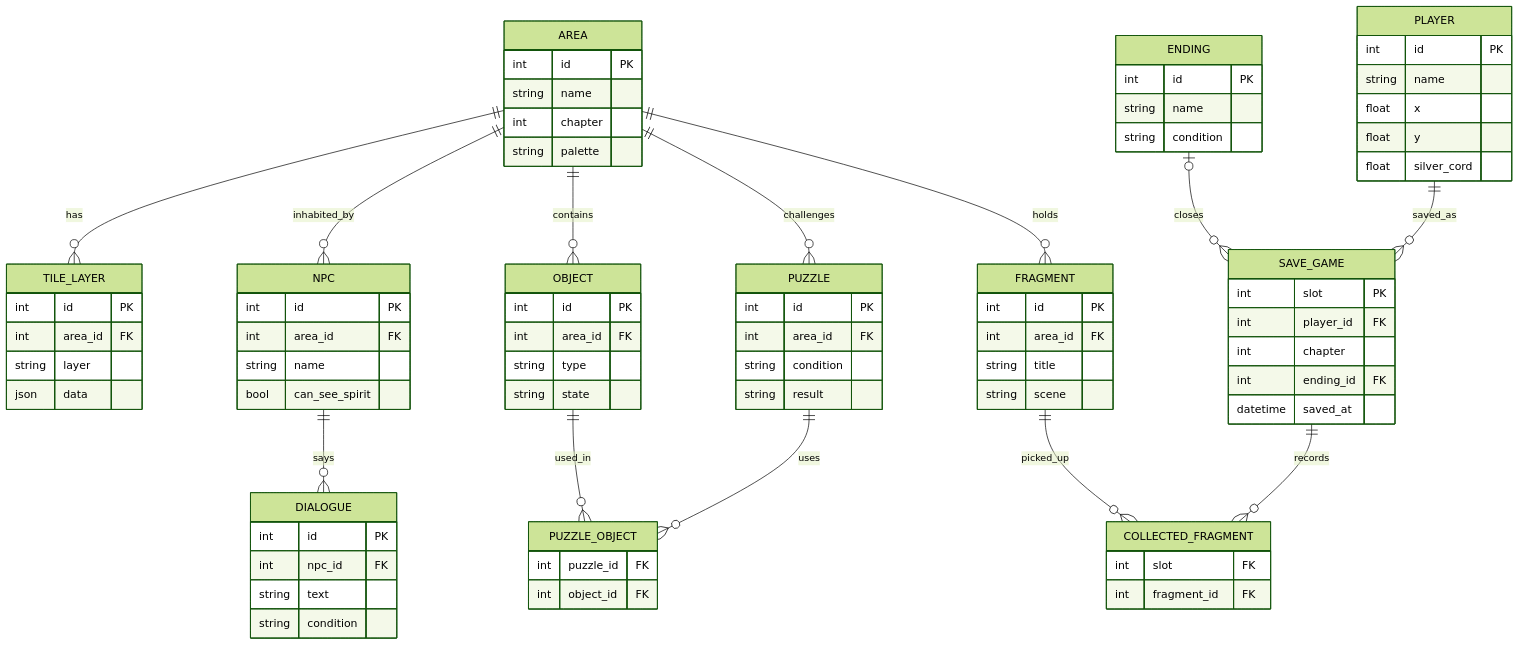
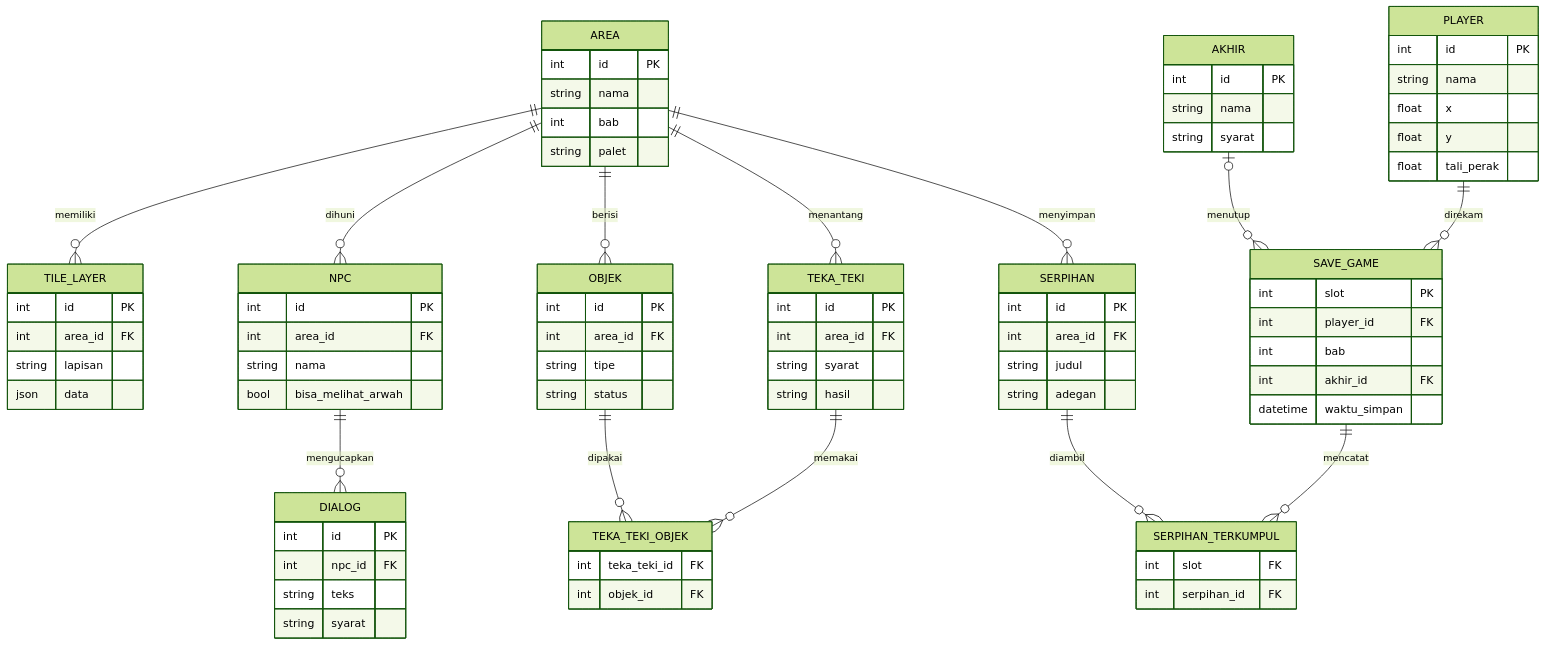
One commit to mjmokhtar/Tali-Perak changed the diagram in docs/PRD.md. Above: the diagram before and after it, drawn with Mermaid (forest theme). The commit also changed other lines of this file and 3 other files, not shown here.

````diff
--- a/docs/PRD.md
+++ b/docs/PRD.md
@@ -152,85 +150,85 @@
 ```mermaid
 erDiagram
-    AREA ||--o{ TILE_LAYER : has
-    AREA ||--o{ OBJECT : contains
-    AREA ||--o{ NPC : inhabited_by
-    AREA ||--o{ FRAGMENT : holds
-    AREA ||--o{ PUZZLE : challenges
-    NPC ||--o{ DIALOGUE : says
-    PUZZLE ||--o{ PUZZLE_OBJECT : uses
-    OBJECT ||--o{ PUZZLE_OBJECT : used_in
-    PLAYER ||--o{ SAVE_GAME : saved_as
-    SAVE_GAME ||--o{ COLLECTED_FRAGMENT : records
-    FRAGMENT ||--o{ COLLECTED_FRAGMENT : picked_up
-    ENDING |o--o{ SAVE_GAME : closes
+    AREA ||--o{ TILE_LAYER : memiliki
+    AREA ||--o{ OBJEK : berisi
+    AREA ||--o{ NPC : dihuni
+    AREA ||--o{ SERPIHAN : menyimpan
+    AREA ||--o{ TEKA_TEKI : menantang
+    NPC ||--o{ DIALOG : mengucapkan
+    TEKA_TEKI ||--o{ TEKA_TEKI_OBJEK : memakai
+    OBJEK ||--o{ TEKA_TEKI_OBJEK : dipakai
+    PLAYER ||--o{ SAVE_GAME : direkam
+    SAVE_GAME ||--o{ SERPIHAN_TERKUMPUL : mencatat
+    SERPIHAN ||--o{ SERPIHAN_TERKUMPUL : diambil
+    AKHIR |o--o{ SAVE_GAME : menutup
 
     AREA {
         int id PK
-        string name
-        int chapter
-        string palette
+        string nama
+        int bab
+        string palet
     }
     TILE_LAYER {
         int id PK
         int area_id FK
-        string layer
+        string lapisan
         json data
     }
-    OBJECT {
+    OBJEK {
         int id PK
         int area_id FK
-        string type
-        string state
+        string tipe
+        string status
     }
-    FRAGMENT {
+    SERPIHAN {
         int id PK
         int area_id FK
-        string title
-        string scene
+        string judul
+        string adegan
     }
     NPC {
         int id PK
         int area_id FK
-        string name
-        bool can_see_spirit
+        string nama
+        bool bisa_melihat_arwah
     }
-    DIALOGUE {
+    DIALOG {
         int id PK
         int npc_id FK
-        string text
-        string condition
+        string teks
+        string syarat
     }
-    PUZZLE {
+    TEKA_TEKI {
         int id PK
         int area_id FK
-        string condition
-        string result
+        string syarat
+        string hasil
     }
-    PUZZLE_OBJECT {
-        int puzzle_id FK
-        int object_id FK
+    TEKA_TEKI_OBJEK {
+        int teka_teki_id FK
+        int objek_id FK
     }
     PLAYER {
         int id PK
-        string name
+        string nama
         float x
         float y
-        float silver_cord
+        float tali_perak
     }
     SAVE_GAME {
         int slot PK
         int player_id FK
-        int chapter
-        int ending_id FK
-        datetime saved_at
+        int bab
+        int akhir_id FK
+        datetime waktu_simpan
     }
-    COLLECTED_FRAGMENT {
+    SERPIHAN_TERKUMPUL {
         int slot FK
-        int fragment_id FK
+        int serpihan_id FK
     }
-    ENDING {
+    AKHIR {
         int id PK
-        string name
-        string condition
+        string nama
+        string syarat
     }
 ```
````
